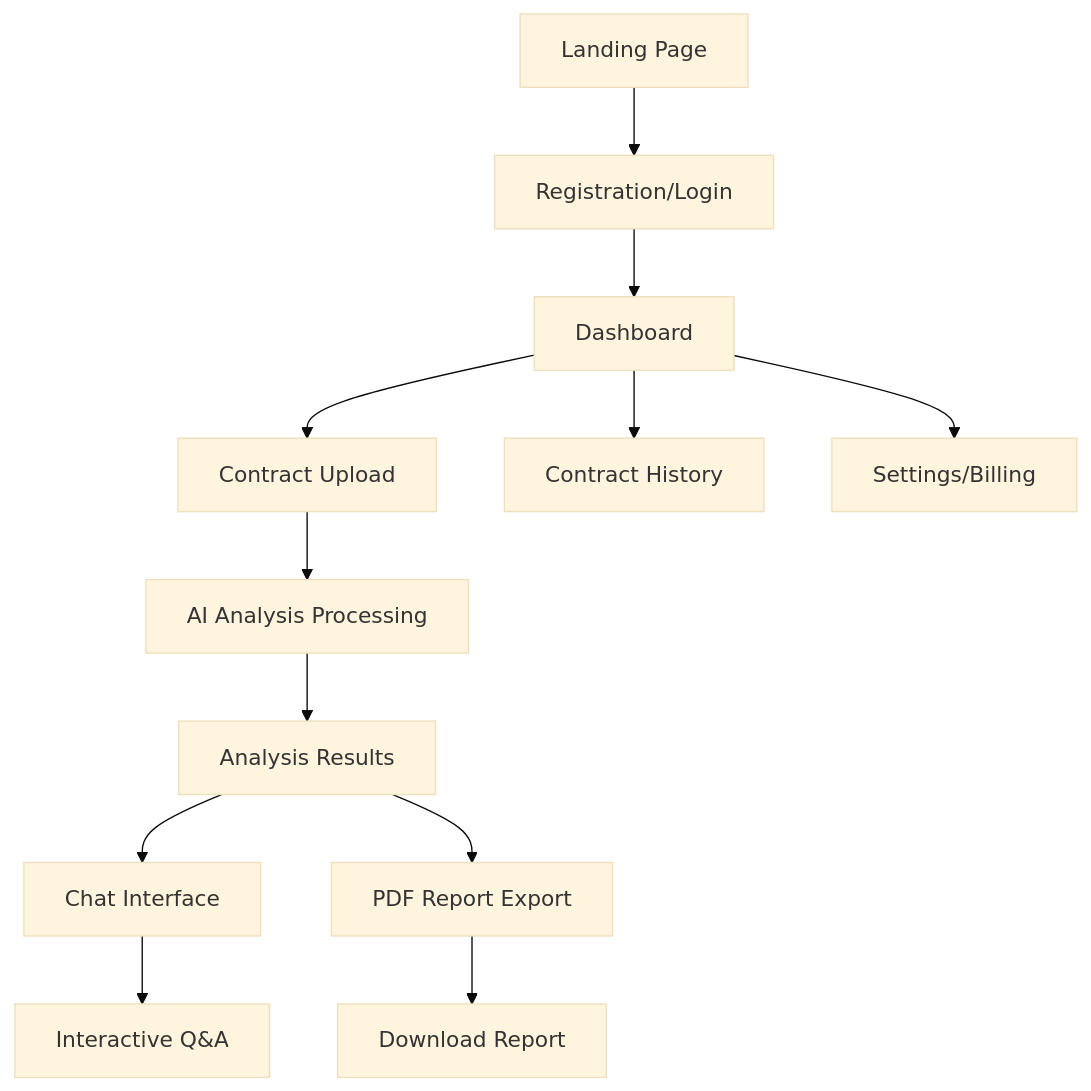
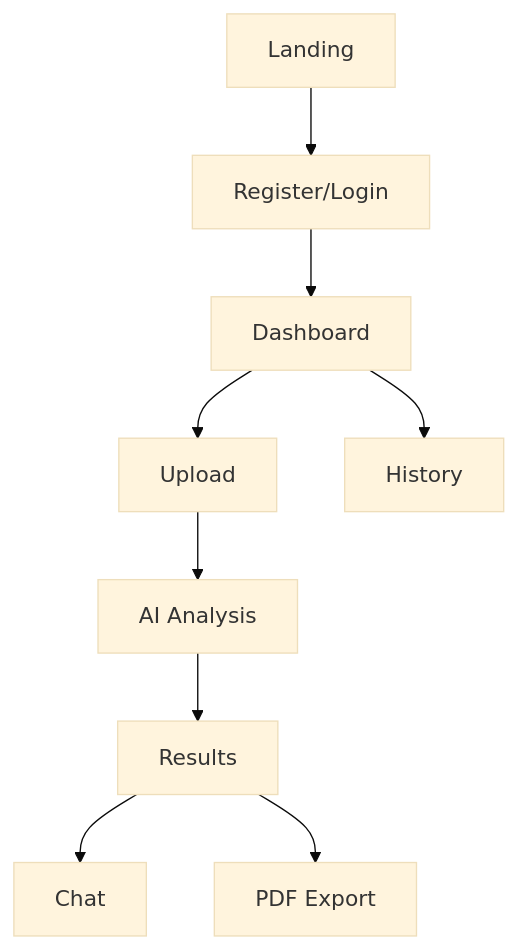
The diagram in .trae/documents/HelloACA_Product_Requirements_Document.md (helloaca/helloaca), drawn with Mermaid (base theme) before and after one commit. The commit also changed other lines of this file and 4 other files, not shown here.

First line of the commit message:
feat(docs): add documentation page with interactive sidebar and content

````diff
--- a/.trae/documents/HelloACA_Product_Requirements_Document.md
+++ b/.trae/documents/HelloACA_Product_Requirements_Document.md
@@ -61,14 +47,11 @@
 ```mermaid
 graph TD
-    A[Landing Page] --> B[Registration/Login]
+    A[Landing] --> B[Register/Login]
     B --> C[Dashboard]
-    C --> D[Contract Upload]
-    D --> E[AI Analysis Processing]
-    E --> F[Analysis Results]
-    F --> G[Chat Interface]
-    F --> H[PDF Report Export]
-    G --> I[Interactive Q&A]
-    H --> J[Download Report]
-    C --> K[Contract History]
-    C --> L[Settings/Billing]
+    C --> D[Upload]
+    D --> E[AI Analysis]
+    E --> F[Results]
+    F --> G[Chat]
+    F --> H[PDF Export]
+    C --> I[History]
 ```
````
